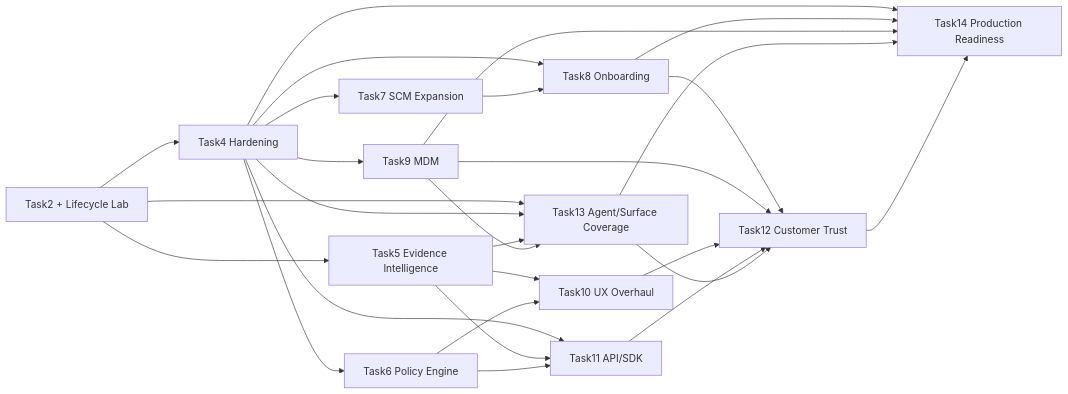
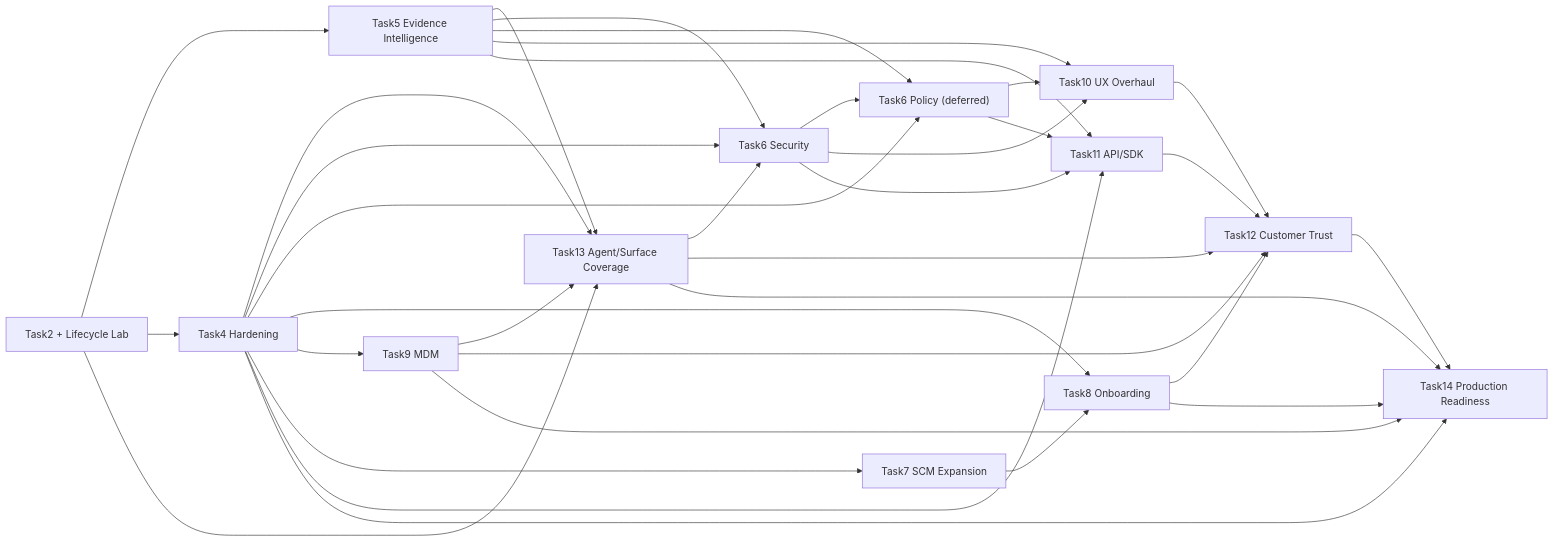
The diagram in ROUGH_ROADMAP.md (mahamannu-ux/TrackAI-V1), drawn with Mermaid before and after one commit. The commit also changed other lines of this file and 9 other files, not shown here.

Commit message:
docs: split Task6 security and policy tracks

````diff
--- a/ROUGH_ROADMAP.md
+++ b/ROUGH_ROADMAP.md
@@ -159,29 +161,36 @@
 ```mermaid
 flowchart LR
     T2["Task2 + Lifecycle Lab"] --> T5["Task5 Evidence Intelligence"]
     T2 --> T4["Task4 Hardening"]
     T2 --> T13["Task13 Agent/Surface Coverage"]
     T4 --> T13
     T5 --> T13
-    T4 --> T6["Task6 Policy Engine"]
+    T4 --> T6S["Task6 Security"]
+    T5 --> T6S
+    T13 --> T6S
+    T4 --> T6P["Task6 Policy (deferred)"]
+    T5 --> T6P
+    T6S --> T6P
     T4 --> T8["Task8 Onboarding"]
     T4 --> T9["Task9 MDM"]
     T9 --> T13
     T4 --> T7["Task7 SCM Expansion"]
     T5 --> T10["Task10 UX Overhaul"]
-    T6 --> T10
+    T6S --> T10
+    T6P --> T10
     T7 --> T8
     T4 --> T11["Task11 API/SDK"]
     T5 --> T11
-    T6 --> T11
+    T6S --> T11
+    T6P --> T11
     T8 --> T12["Task12 Customer Trust"]
     T9 --> T12
     T10 --> T12
     T11 --> T12
     T13 --> T12
     T4 --> T14["Task14 Production Readiness"]
     T8 --> T14
     T9 --> T14
     T13 --> T14
     T12 --> T14
 ```
````
